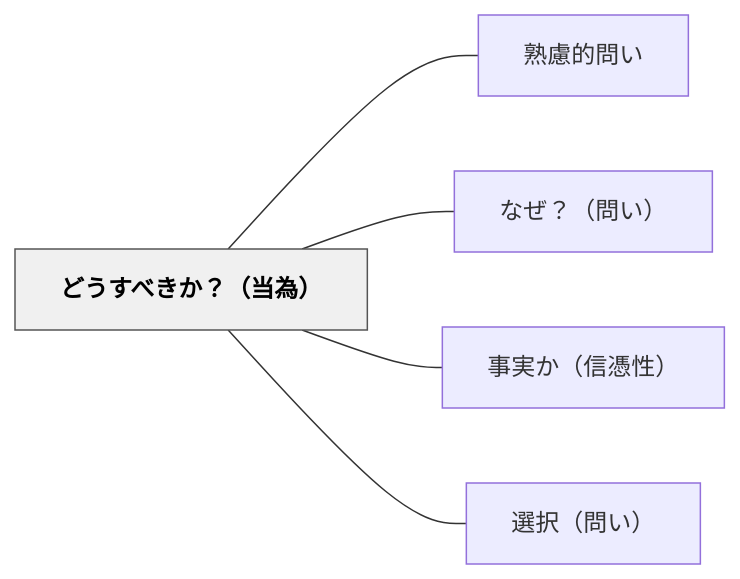
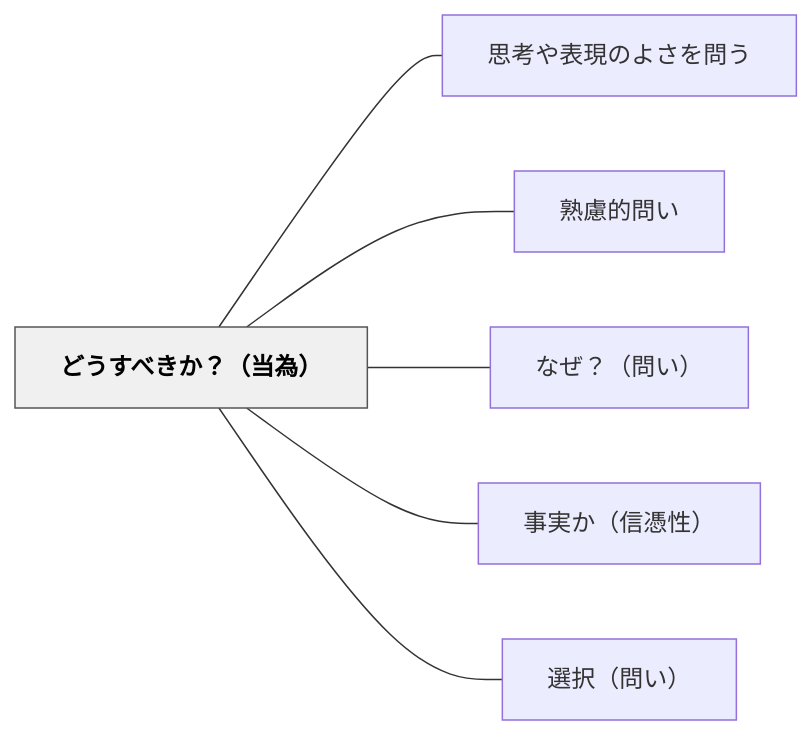
One commit to unknownthings-ed-patterns/unknownthings-ed-patterns changed the diagram in content/パタン/どうすべきか？（当為）.md. Above: the diagram before and after it, drawn with Mermaid. The commit also changed other lines of this file and 473 other files, not shown here.

````diff
--- a/content/パタン/どうすべきか？（当為）.md
+++ b/content/パタン/どうすべきか？（当為）.md
@@ -41,16 +42,18 @@
 ```mermaid
 flowchart LR
     ne381a9e38186["どうすべきか？（当為）"]
+    ne6809de88083["思考や表現のよさを問う"]
     ne7869fe685ae["熟慮的問い"]
     ne381aae3819c["なぜ？（問い）"]
     ne4ba8be5ae9f["事実か（信憑性）"]
     ne981b8e68a9e["選択（問い）"]
 
+    ne381a9e38186 --- ne6809de88083
     ne381a9e38186 --- ne7869fe685ae
     ne381a9e38186 --- ne381aae3819c
     ne381a9e38186 --- ne4ba8be5ae9f
     ne381a9e38186 --- ne981b8e68a9e
 
     classDef hub fill:#f0f0f0,stroke:#555,color:#000,font-weight:bold
     class ne381a9e38186 hub
 ```
````
